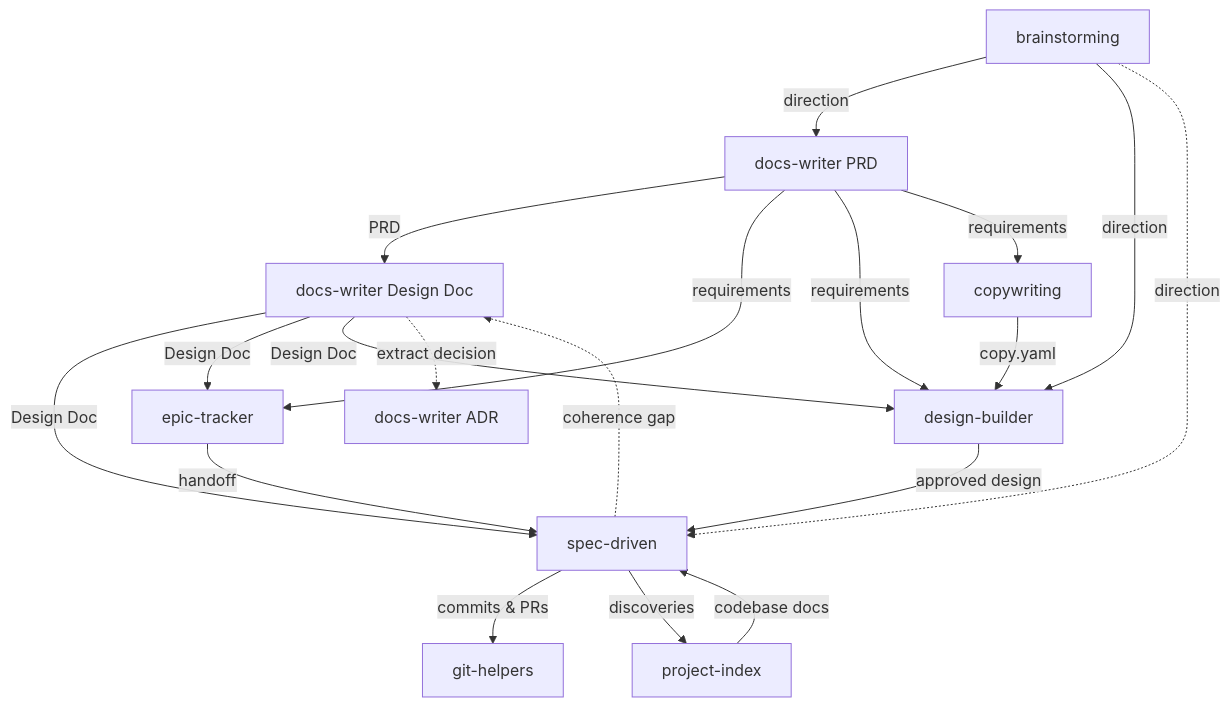
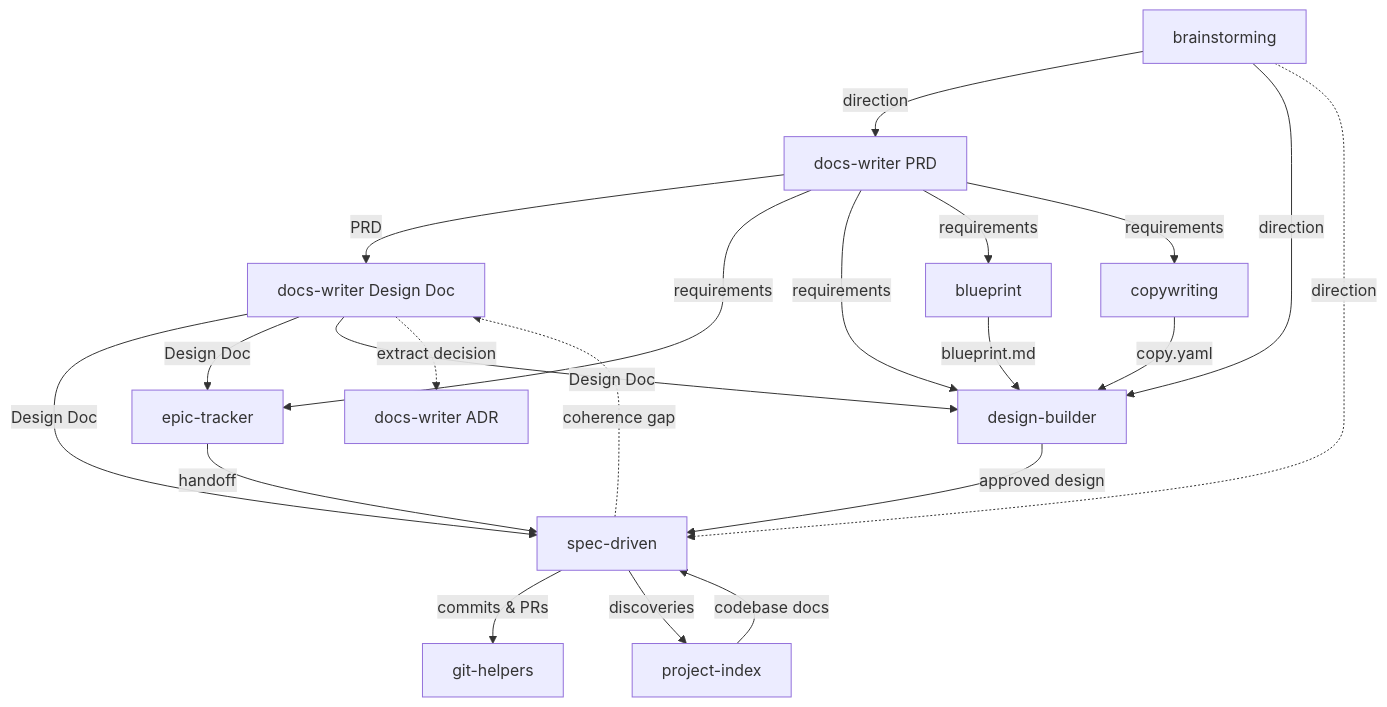
Before and after one commit to adeonir/agent-skills: the diagram in README.md, drawn with Mermaid. The commit also changed other lines of this file and 1 other file, not shown here.

Commit message:
docs: codify own-artifact isolation and index blueprint

````diff
--- a/README.md
+++ b/README.md
@@ -39,21 +40,23 @@
 ```mermaid
 flowchart TD
     BR[brainstorming] -->|direction| DW_PRD[docs-writer PRD]
     BR -->|direction| DB[design-builder]
     BR -.->|direction| SD[spec-driven]
     DW_PRD -->|PRD| DW_DD[docs-writer Design Doc]
     DW_PRD -->|requirements| ET[epic-tracker]
     DW_PRD -->|requirements| DB
+    DW_PRD -->|requirements| BP[blueprint]
     DW_PRD -->|requirements| CW[copywriting]
+    BP -->|blueprint.md| DB
     CW -->|copy.yaml| DB
     DW_DD -->|Design Doc| SD
     DW_DD -->|Design Doc| ET
     DW_DD -->|Design Doc| DB
     DW_DD -.->|extract decision| DW_ADR[docs-writer ADR]
     ET -->|handoff| SD
     PI[project-index] -->|codebase docs| SD
     DB -->|approved design| SD
     SD -->|commits & PRs| GH[git-helpers]
     SD -->|discoveries| PI
     SD -.->|coherence gap| DW_DD
 ```
````
